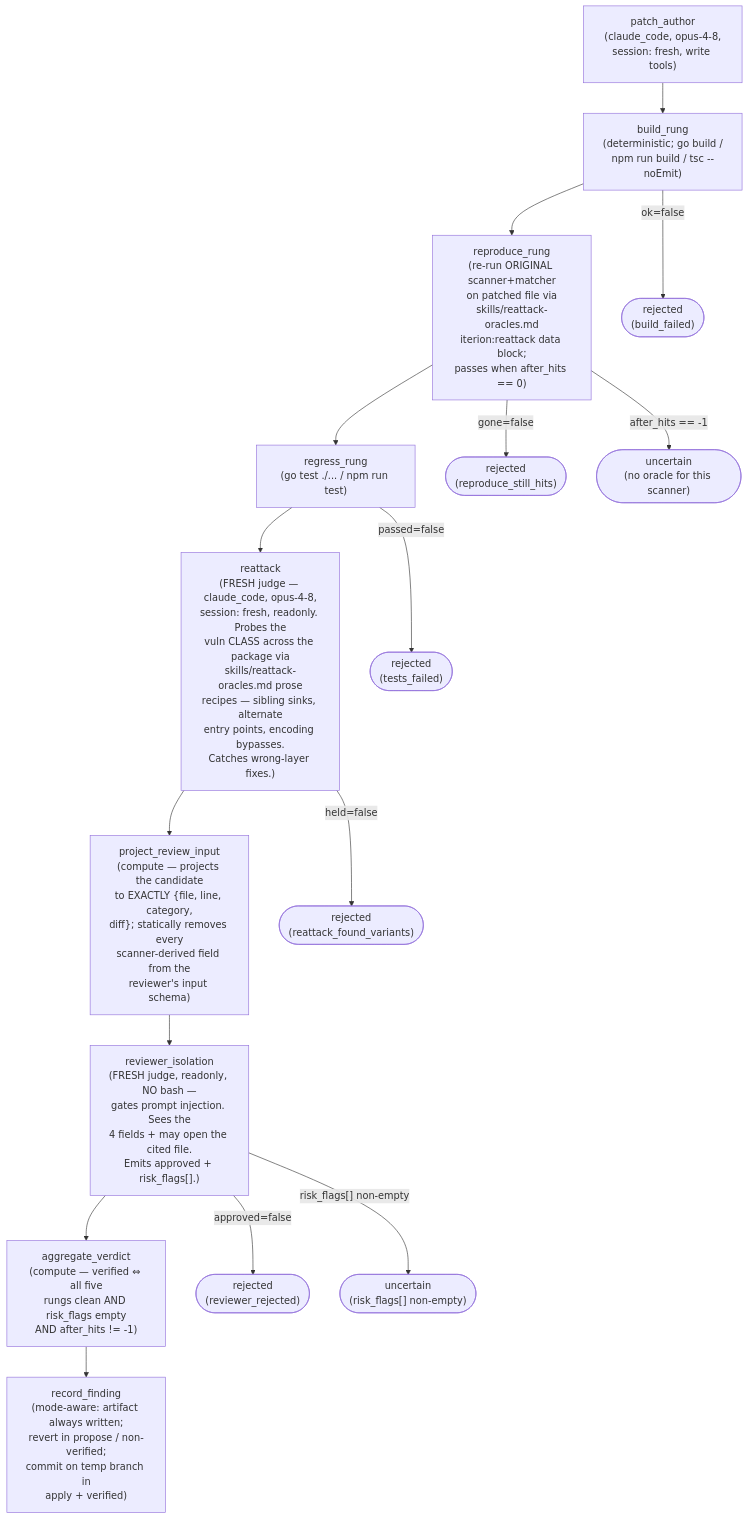
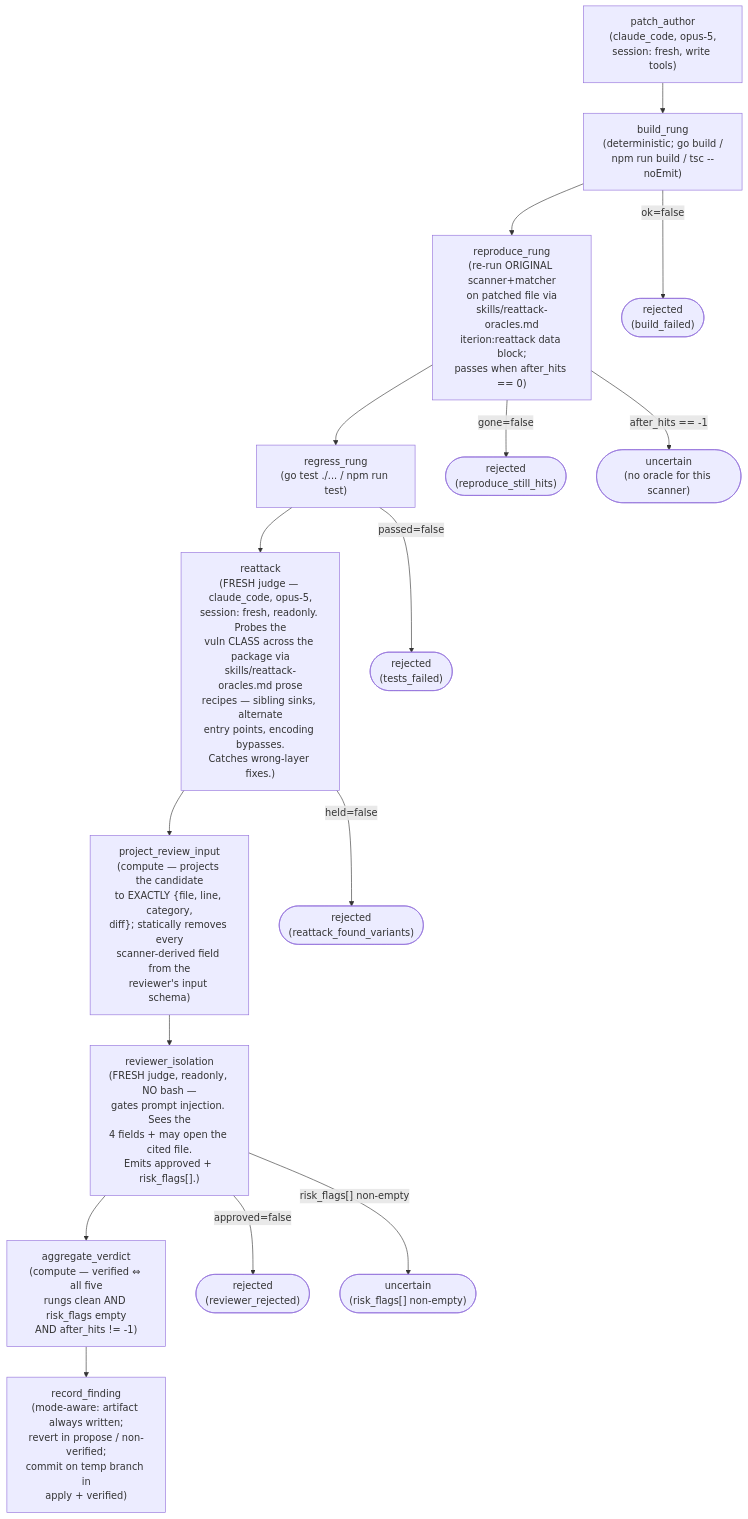
The first of 2 diagrams in docs/security-patcher.md (SocialGouv/iterion), drawn with Mermaid before and after one commit. The commit also changed other lines of this file, not shown here.

First line of the commit message:
docs(security-patcher): align sec-audit remediation models with claude-opus-5

````diff
--- a/docs/security-patcher.md
+++ b/docs/security-patcher.md
@@ -28,36 +28,36 @@
 ```mermaid
 flowchart TD
-  patch_author["patch_author<br/>(claude_code, opus-4-8,<br/>session: fresh, write tools)"]
+  patch_author["patch_author<br/>(claude_code, opus-5,<br/>session: fresh, write tools)"]
   build_rung["build_rung<br/>(deterministic; go build /<br/>npm run build / tsc --noEmit)"]
   reproduce_rung["reproduce_rung<br/>(re-run ORIGINAL scanner+matcher<br/>on patched file via<br/>skills/reattack-oracles.md<br/>iterion:reattack data block;<br/>passes when after_hits == 0)"]
   regress_rung["regress_rung<br/>(go test ./... / npm run test)"]
-  reattack["reattack<br/>(FRESH judge — claude_code, opus-4-8,<br/>session: fresh, readonly. Probes the<br/>vuln CLASS across the package via<br/>skills/reattack-oracles.md prose<br/>recipes — sibling sinks, alternate<br/>entry points, encoding bypasses.<br/>Catches wrong-layer fixes.)"]
+  reattack["reattack<br/>(FRESH judge — claude_code, opus-5,<br/>session: fresh, readonly. Probes the<br/>vuln CLASS across the package via<br/>skills/reattack-oracles.md prose<br/>recipes — sibling sinks, alternate<br/>entry points, encoding bypasses.<br/>Catches wrong-layer fixes.)"]
   project_review_input["project_review_input<br/>(compute — projects the candidate<br/>to EXACTLY {file, line, category,<br/>diff}; statically removes every<br/>scanner-derived field from the<br/>reviewer's input schema)"]
   reviewer_isolation["reviewer_isolation<br/>(FRESH judge, readonly, NO bash —<br/>gates prompt injection. Sees the<br/>4 fields + may open the cited file.<br/>Emits approved + risk_flags[].)"]
   aggregate_verdict["aggregate_verdict<br/>(compute — verified ⇔ all five<br/>rungs clean AND risk_flags empty<br/>AND after_hits != -1)"]
   record_finding["record_finding<br/>(mode-aware: artifact always written;<br/>revert in propose / non-verified;<br/>commit on temp branch in<br/>apply + verified)"]
 
   rejected_build(["rejected<br/>(build_failed)"])
   rejected_reproduce(["rejected<br/>(reproduce_still_hits)"])
   uncertain_oracle(["uncertain<br/>(no oracle for this scanner)"])
   rejected_tests(["rejected<br/>(tests_failed)"])
   rejected_reattack(["rejected<br/>(reattack_found_variants)"])
   rejected_reviewer(["rejected<br/>(reviewer_rejected)"])
   uncertain_flags(["uncertain<br/>(risk_flags[] non-empty)"])
 
   patch_author --> build_rung
   build_rung -- "ok=false" --> rejected_build
   build_rung --> reproduce_rung
   reproduce_rung -- "gone=false" --> rejected_reproduce
   reproduce_rung -- "after_hits == -1" --> uncertain_oracle
   reproduce_rung --> regress_rung
   regress_rung -- "passed=false" --> rejected_tests
   regress_rung --> reattack
   reattack -- "held=false" --> rejected_reattack
   reattack --> project_review_input
   project_review_input --> reviewer_isolation
   reviewer_isolation -- "approved=false" --> rejected_reviewer
   reviewer_isolation -- "risk_flags[] non-empty" --> uncertain_flags
   reviewer_isolation --> aggregate_verdict
   aggregate_verdict --> record_finding
 ```
````
